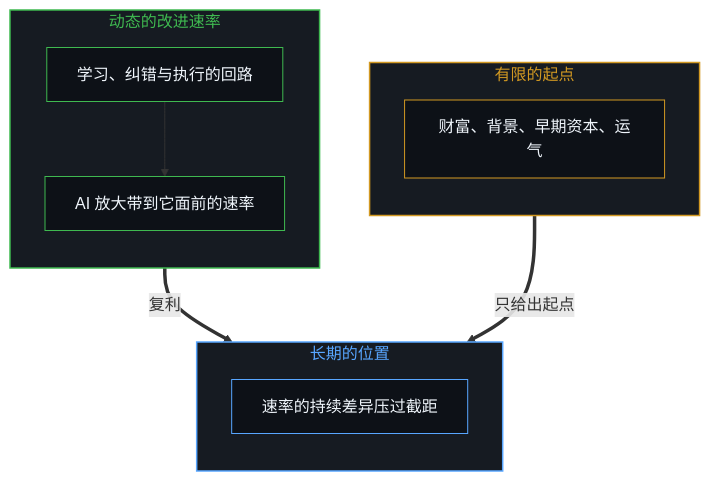
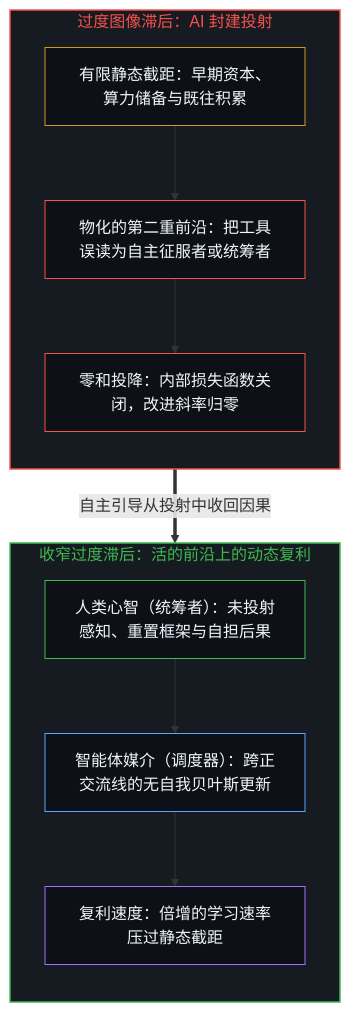
One commit to powerpig99/not-a-toe changed the first of 2 diagrams in content/posts/agency-compounding-and-the-argument-over-ai-feudalism.md. Above: the diagram before and after it, drawn with Mermaid. The commit also changed other lines of this file and 1 other file, not shown here.

````diff
--- a/content/posts/agency-compounding-and-the-argument-over-ai-feudalism.md
+++ b/content/posts/agency-compounding-and-the-argument-over-ai-feudalism.md
@@ -31,26 +35,29 @@
 ```mermaid
 flowchart TD
-    subgraph S_Start["有限的起点"]
+    subgraph S_Lag["过度图像滞后：AI 封建投射"]
         direction TB
-        I1["财富、背景、早期资本、运气"]
+        I1["有限静态截距：早期资本、算力储备与既往积累"]
+        I2["物化的第二重前沿：把工具误读为自主征服者或统筹者"]
+        I3["零和投降：内部损失函数关闭，改进斜率归零"]
+        I1 --> I2 --> I3
     end
-    subgraph S_Rate["动态的改进速率"]
+
+    subgraph S_Rate["收窄过度滞后：活的前沿上的动态复利"]
         direction TB
-        R1["学习、纠错与执行的回路"]
-        R2["AI 放大带到它面前的速率"]
+        R1["人类心智（统筹者）：未投射感知、重置框架与自担后果"]
+        R2["智能体媒介（调度器）：跨正交流线的无自我贝叶斯更新"]
+        R3["复利速度：倍增的学习速率压过静态截距"]
+        R1 --> R2 --> R3
     end
-    subgraph S_Out["长期的位置"]
-        direction TB
-        O1["速率的持续差异压过截距"]
-    end
-    I1 ==>|"只给出起点"| O1
-    R1 --> R2
-    R2 ==>|"复利"| O1
-    style S_Start fill:#161b22,stroke:#d29922,stroke-width:1.5px,color:#d29922
+
+    I3 ==>|"自主引导从投射中收回因果"| R1
+
+    style S_Lag fill:#161b22,stroke:#f85149,stroke-width:1.5px,color:#f85149
     style S_Rate fill:#161b22,stroke:#3fb950,stroke-width:1.5px,color:#3fb950
-    style S_Out fill:#161b22,stroke:#58a6ff,stroke-width:1.5px,color:#58a6ff
     style I1 fill:#0d1117,stroke:#d29922,stroke-width:1px,color:#f0f6fc
+    style I2 fill:#0d1117,stroke:#f85149,stroke-width:1px,color:#f0f6fc
+    style I3 fill:#0d1117,stroke:#f85149,stroke-width:1px,color:#f0f6fc
     style R1 fill:#0d1117,stroke:#3fb950,stroke-width:1px,color:#f0f6fc
-    style R2 fill:#0d1117,stroke:#3fb950,stroke-width:1px,color:#f0f6fc
-    style O1 fill:#0d1117,stroke:#58a6ff,stroke-width:1px,color:#f0f6fc
+    style R2 fill:#0d1117,stroke:#58a6ff,stroke-width:1px,color:#f0f6fc
+    style R3 fill:#0d1117,stroke:#a371f7,stroke-width:1px,color:#f0f6fc
 ```
````
